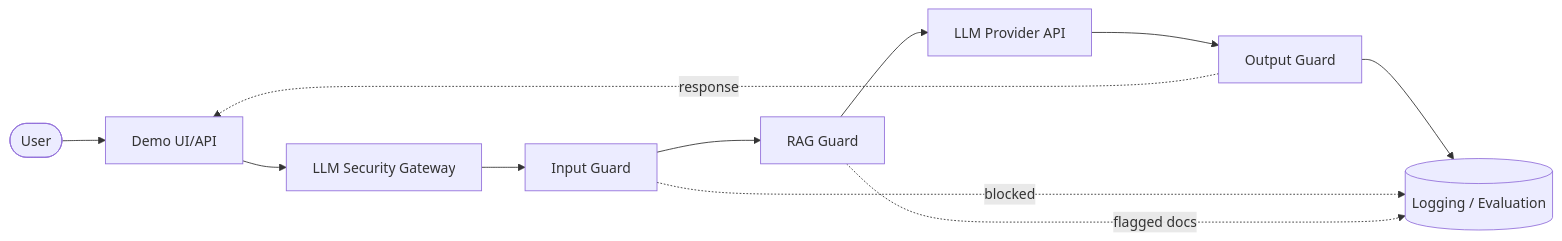
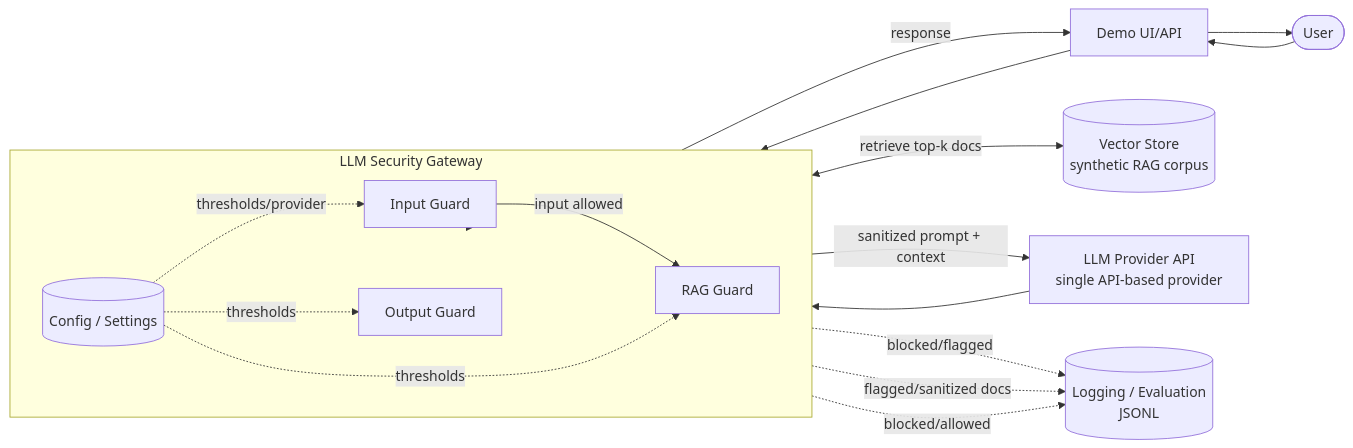
The diagram in docs/diagrams/architecture.md (annguyenax/enterprise-llm-security-framework), drawn with Mermaid before and after one commit. The commit also changed other lines of this file and 6 other files, not shown here.

Commit message:
docs: define architecture and threat model

````diff
--- a/docs/diagrams/architecture.md
+++ b/docs/diagrams/architecture.md
@@ -7,22 +35,33 @@
 ```mermaid
 flowchart LR
     User([User])
     UI[Demo UI/API]
-    GW[LLM Security Gateway]
-    IG[Input Guard]
-    RG[RAG Guard]
-    LLM[LLM Provider API]
-    OG[Output Guard]
-    LOG[(Logging / Evaluation)]
 
-    User --> UI
-    UI --> GW
+    subgraph GW["LLM Security Gateway"]
+        direction LR
+        CFG[(Config / Settings)]
+        IG[Input Guard]
+        RG[RAG Guard]
+        OG[Output Guard]
+    end
+
+    VS[(Vector Store<br/>synthetic RAG corpus)]
+    LLM[LLM Provider API<br/>single API-based provider]
+    LOG[(Logging / Evaluation<br/>JSONL)]
+
+    User --> UI --> GW
     GW --> IG
-    IG --> RG
-    RG --> LLM
+    IG -->|input allowed| RG
+    RG <-->|retrieve top-k docs| VS
+    RG -->|sanitized prompt + context| LLM
     LLM --> OG
-    OG --> LOG
-    OG -.response.-> UI
-    IG -.blocked.-> LOG
-    RG -.flagged docs.-> LOG
+    OG -->|response| UI
+    UI --> User
+
+    IG -.blocked/flagged.-> LOG
+    RG -.flagged/sanitized docs.-> LOG
+    OG -.blocked/allowed.-> LOG
+    CFG -.thresholds/provider.-> IG
+    CFG -.thresholds.-> RG
+    CFG -.thresholds.-> OG
 ```
````
